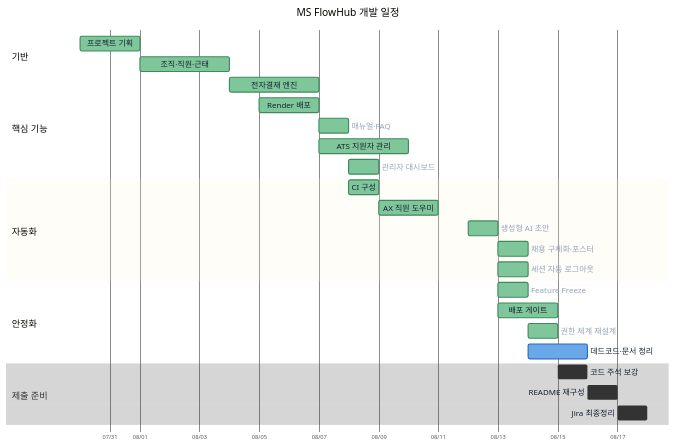
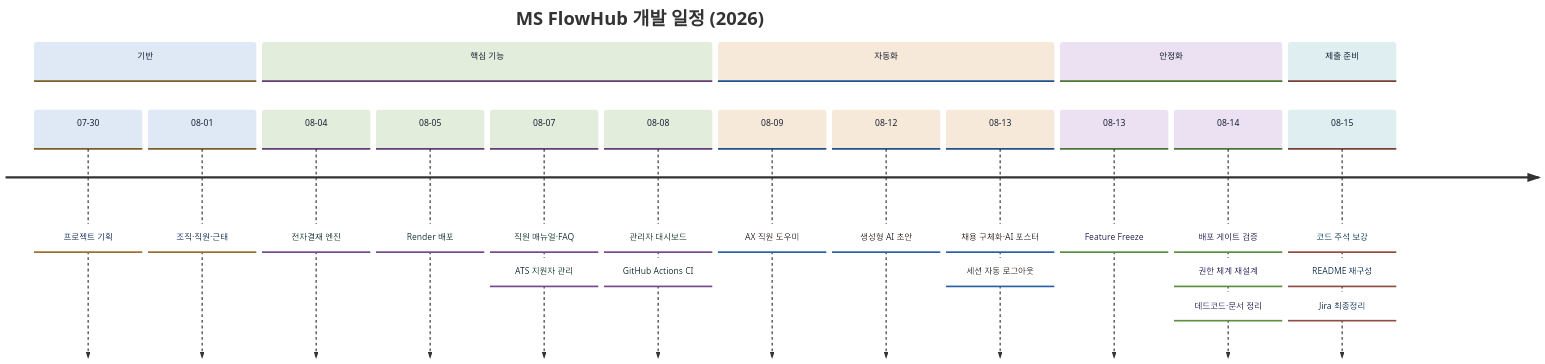
One commit to Dwkms/MS-FlowHub changed the second of 2 diagrams in docs/ROADMAP.md. Above: the diagram before and after it, drawn with Mermaid.

Commit message:
docs: 진행 일정을 간트에서 timeline으로 교체
간트는 막대 폭에 글자가 들어가면 안쪽, 아니면 바깥으로 mermaid가 자동 배치한다.
작업 기간이 1~3일로 제각각이라 라벨 위치를 통일할 방법이 없었고, 바깥 라벨은
섹션 배경과 겹쳐 어두운 배경에서 읽히지 않았다.

timeline은 라벨 위치가 항상 같고 배경·글자 색 충돌이 없다. 기간 대신 날짜별
묶음으로 보여주는데, 로드맵에서 필요한 정보는 정확한 소요일이 아니라 순서와
시점이라 손실이 없다. 완료 여부는 바로 아래 표가 담당한다.

````diff
--- a/docs/ROADMAP.md
+++ b/docs/ROADMAP.md
@@ -68,67 +70,33 @@
 ```mermaid
 %%{init: {
   "theme": "base",
   "themeVariables": {
     "fontFamily": "Pretendard, Noto Sans KR, sans-serif",
     "fontSize": "15px",
-    "doneTaskBkgColor": "#7fc79a",
-    "doneTaskBorderColor": "#3f8a5c",
-    "activeTaskBkgColor": "#6aa9e9",
-    "activeTaskBorderColor": "#2f67c8",
-    "taskBkgColor": "#cfd8e6",
-    "taskBorderColor": "#8fa6c9",
-    "taskTextColor": "#172033",
-    "taskTextDarkColor": "#172033",
-    "taskTextLightColor": "#172033",
-    "taskTextOutsideColor": "#94a3b8",
-    "sectionBkgColor": "transparent",
-    "altSectionBkgColor": "transparent",
-    "gridColor": "#6b7688"
-  },
-  "gantt": {
-    "useWidth": 1200,
-    "barHeight": 26,
-    "barGap": 10,
-    "topPadding": 60,
-    "leftPadding": 130,
-    "gridLineStartPadding": 40,
-    "fontSize": 14,
-    "sectionFontSize": 16,
-    "numberSectionStyles": 5
+    "cScale0": "#dfe8f5", "cScaleLabel0": "#172033",
+    "cScale1": "#e2eddc", "cScaleLabel1": "#172033",
+    "cScale2": "#f6e9d9", "cScaleLabel2": "#172033",
+    "cScale3": "#ece1f2", "cScaleLabel3": "#172033",
+    "cScale4": "#dfeef1", "cScaleLabel4": "#172033"
   }
 }}%%
-gantt
-    title MS FlowHub 개발 일정
-    dateFormat YYYY-MM-DD
-    axisFormat %m/%d
-    todayMarker off
-
+timeline
+    title MS FlowHub 개발 일정 (2026)
     section 기반
-    프로젝트 기획        :done, p1, 2026-07-30, 2d
-    조직·직원·근태       :done, p2, 2026-08-01, 3d
-
+        07-30 : 프로젝트 기획
+        08-01 : 조직·직원·근태
     section 핵심 기능
-    전자결재 엔진        :done, p3, 2026-08-04, 3d
-    Render 배포          :done, p4, 2026-08-05, 2d
-    매뉴얼·FAQ           :done, p5, 2026-08-07, 1d
-    ATS 지원자 관리      :done, p6, 2026-08-07, 3d
-    관리자 대시보드      :done, p7, 2026-08-08, 1d
-
+        08-04 : 전자결재 엔진
+        08-05 : Render 배포
+        08-07 : 직원 매뉴얼·FAQ : ATS 지원자 관리
+        08-08 : 관리자 대시보드 : GitHub Actions CI
     section 자동화
-    CI 구성              :done, p8, 2026-08-08, 1d
-    AX 직원 도우미       :done, p9, 2026-08-09, 2d
-    생성형 AI 초안       :done, p10, 2026-08-12, 1d
-    채용 구체화·포스터    :done, p11, 2026-08-13, 1d
-    세션 자동 로그아웃    :done, p12, 2026-08-13, 1d
-
+        08-09 : AX 직원 도우미
+        08-12 : 생성형 AI 초안
+        08-13 : 채용 구체화·AI 포스터 : 세션 자동 로그아웃
     section 안정화
-    Feature Freeze       :done, p13, 2026-08-13, 1d
-    배포 게이트          :done, p14, 2026-08-13, 2d
-    권한 체계 재설계      :done, p15, 2026-08-14, 1d
-    데드코드·문서 정리    :active, p16, 2026-08-14, 2d
-
+        08-13 : Feature Freeze
+        08-14 : 배포 게이트 검증 : 권한 체계 재설계 : 데드코드·문서 정리
     section 제출 준비
-    코드 주석 보강       :p17, 2026-08-15, 1d
-    README 재구성        :p18, 2026-08-16, 1d
-    Jira 최종정리        :p19, 2026-08-17, 1d
+        08-15 : 코드 주석 보강 : README 재구성 : Jira 최종정리
 ```
````
